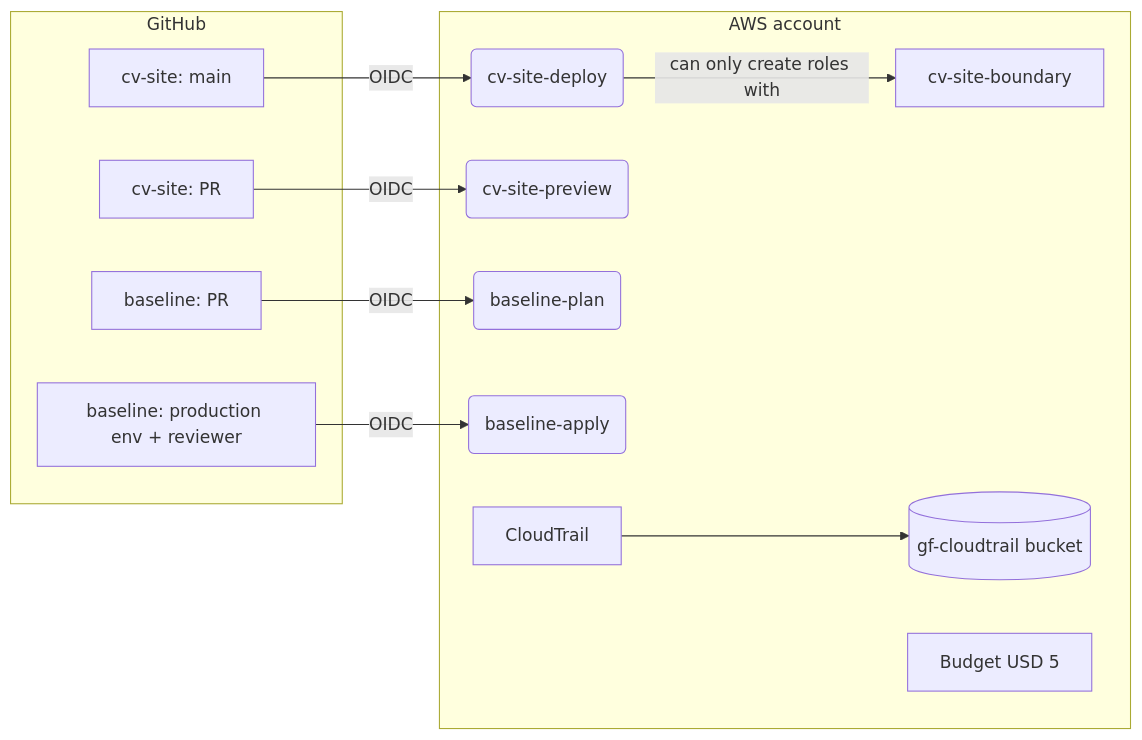
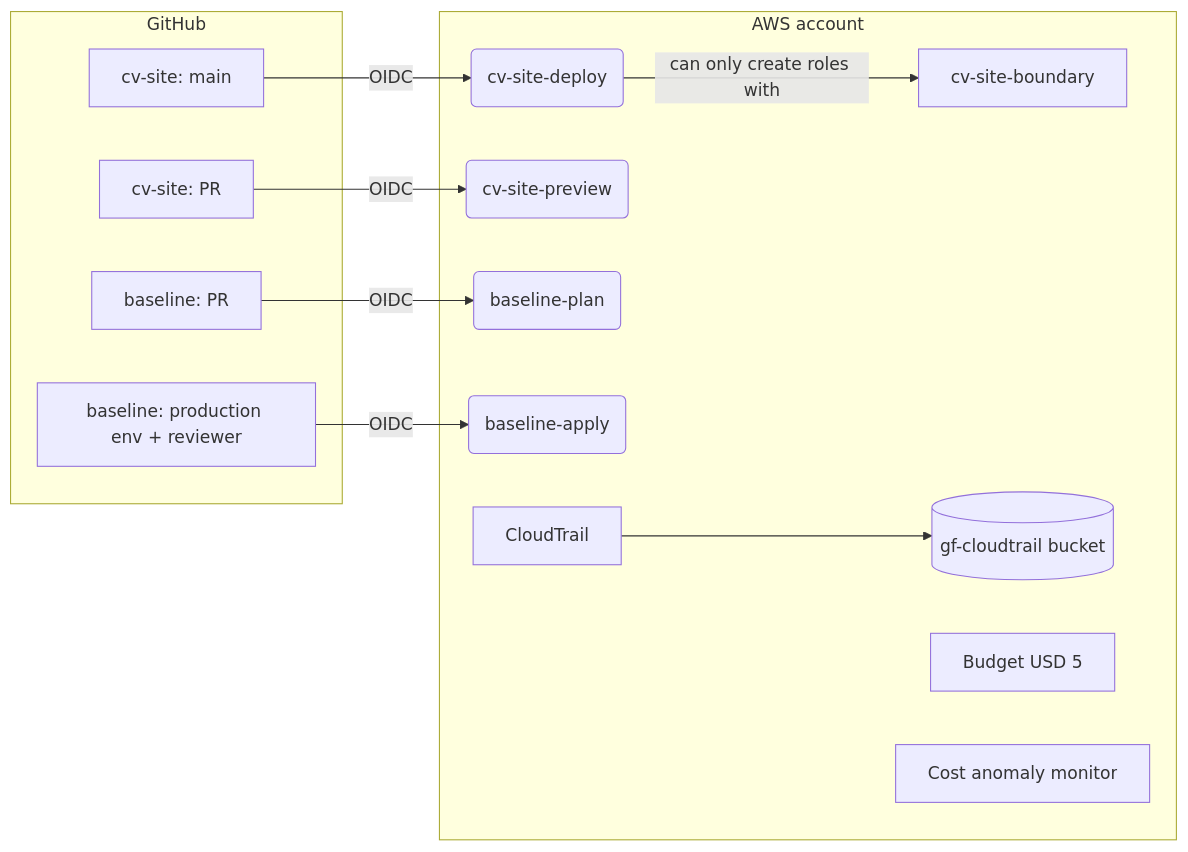
One commit to goncalofileno/aws-account-baseline changed the diagram in README.md. Above: the diagram before and after it, drawn with Mermaid. The commit also changed other lines of this file and 7 other files, not shown here.

First line of the commit message:
feat: add Cost Anomaly Detection for every AWS service (#14)

````diff
--- a/README.md
+++ b/README.md
@@ -22,23 +24,24 @@
 ```mermaid
 flowchart LR
   subgraph AWS["AWS account"]
     D(cv-site-deploy)
     P(cv-site-preview)
     BP(baseline-plan)
     BA(baseline-apply)
     BD[cv-site-boundary]
     T[CloudTrail] --> S3[(gf-cloudtrail bucket)]
     Budget[Budget USD 5]
+    Anomaly[Cost anomaly monitor]
   end
   subgraph GitHub
     A[cv-site: main]
     B[cv-site: PR]
     C[baseline: PR]
     E[baseline: production env + reviewer]
   end
   A -->|OIDC| D
   B -->|OIDC| P
   C -->|OIDC| BP
   E -->|OIDC| BA
   D -->|can only create roles with| BD
 ```
````
